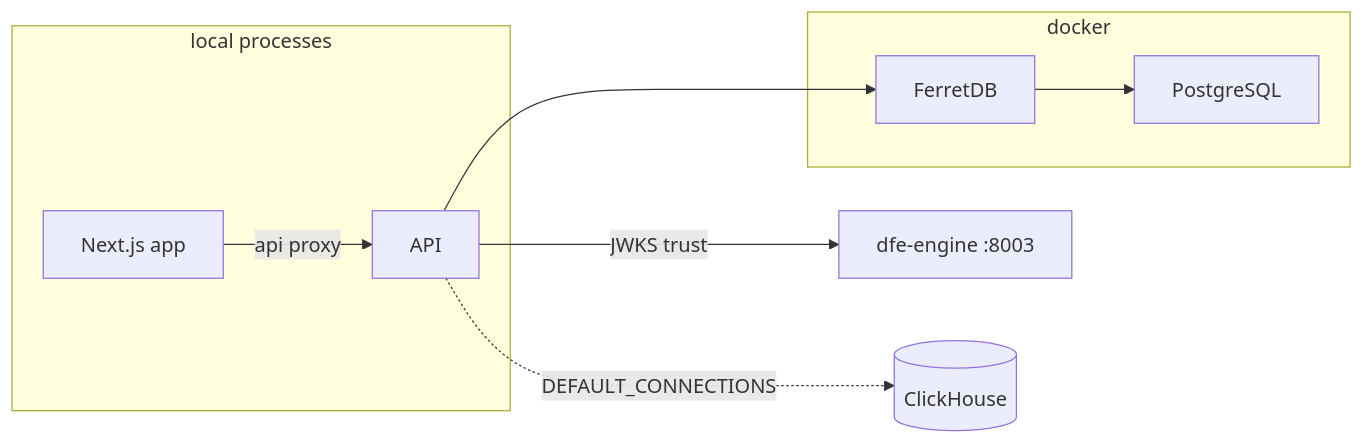
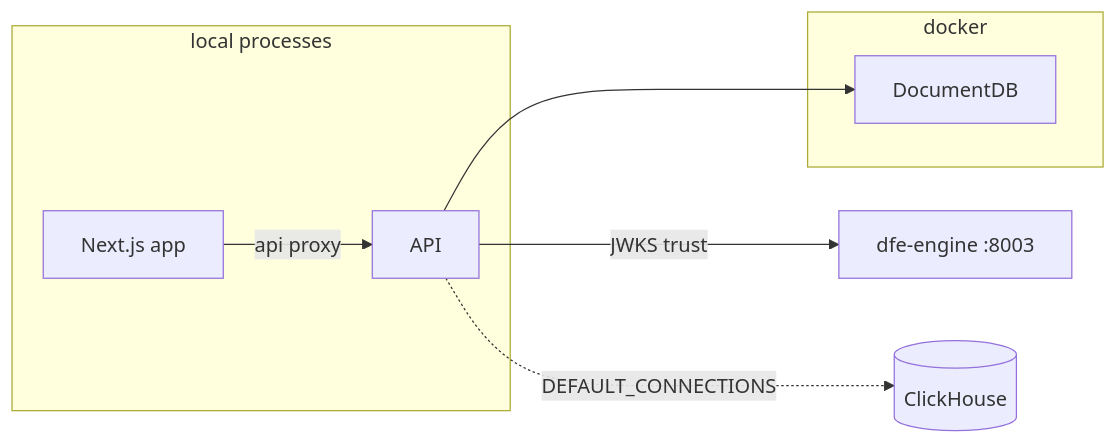
The diagram in docs/development/getting-started.md (hyperi-io/dfe-hyperdx), drawn with Mermaid before and after one commit. The commit also changed other lines of this file and 15 other files, not shown here.

````diff
--- a/docs/development/getting-started.md
+++ b/docs/development/getting-started.md
@@ -32,12 +31,12 @@
 ```mermaid
 flowchart LR
     subgraph local["local processes"]
         app["Next.js app"] -->|api proxy| api["API"]
     end
     subgraph docker["docker"]
-        ferret["FerretDB"] --> pg["PostgreSQL"]
+        docdb["DocumentDB"]
     end
-    api --> ferret
+    api --> docdb
     api -->|JWKS trust| engine["dfe-engine :8003"]
     api -.->|DEFAULT_CONNECTIONS| ch[(ClickHouse)]
 ```
````
